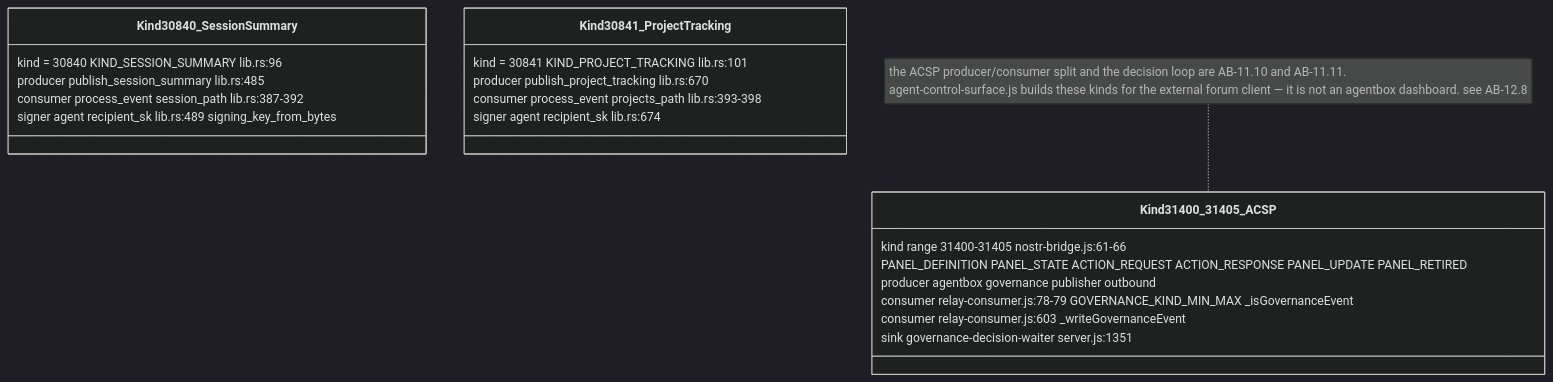
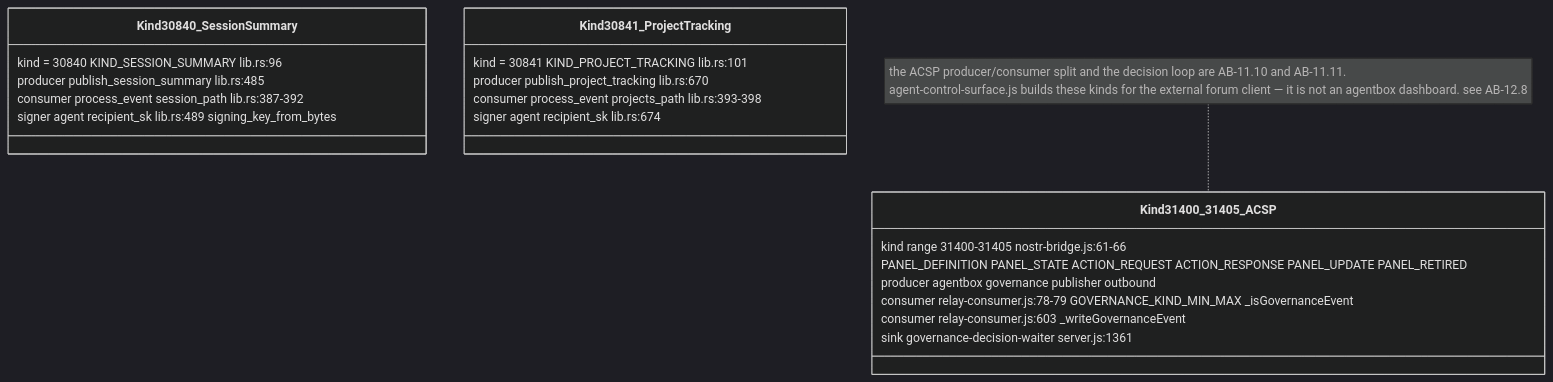
One commit to DreamLab-AI/VisionFlow changed the fifth of 16 diagrams in docs/diagrams/agentbox/13-nostr-relay-gateway-bridge-mirror.md. Above: the diagram before and after it, drawn with Mermaid (dark theme). The commit also changed other lines of this file and 94 other files, not shown here.

First line of the commit message:
docs(diagrams): re-verify 130 topics against 2 October HEADs

````diff
--- a/docs/diagrams/agentbox/13-nostr-relay-gateway-bridge-mirror.md
+++ b/docs/diagrams/agentbox/13-nostr-relay-gateway-bridge-mirror.md
@@ -204,24 +204,24 @@
 ```mermaid
 classDiagram
     class Kind30840_SessionSummary {
         kind = 30840 KIND_SESSION_SUMMARY lib.rs:96
         producer publish_session_summary lib.rs:485
         consumer process_event session_path lib.rs:387-392
         signer agent recipient_sk lib.rs:489 signing_key_from_bytes
     }
     class Kind30841_ProjectTracking {
         kind = 30841 KIND_PROJECT_TRACKING lib.rs:101
         producer publish_project_tracking lib.rs:670
         consumer process_event projects_path lib.rs:393-398
         signer agent recipient_sk lib.rs:674
     }
     class Kind31400_31405_ACSP {
         kind range 31400-31405 nostr-bridge.js:61-66
         PANEL_DEFINITION PANEL_STATE ACTION_REQUEST ACTION_RESPONSE PANEL_UPDATE PANEL_RETIRED
         producer agentbox governance publisher outbound
         consumer relay-consumer.js:78-79 GOVERNANCE_KIND_MIN_MAX _isGovernanceEvent
         consumer relay-consumer.js:603 _writeGovernanceEvent
-        sink governance-decision-waiter server.js:1351
+        sink governance-decision-waiter server.js:1361
     }
     note for Kind31400_31405_ACSP "the ACSP producer/consumer split and the decision loop are AB-11.10 and AB-11.11.<br/>agent-control-surface.js builds these kinds for the external forum client — it is not an agentbox dashboard. see AB-12.8"
 ```
````
